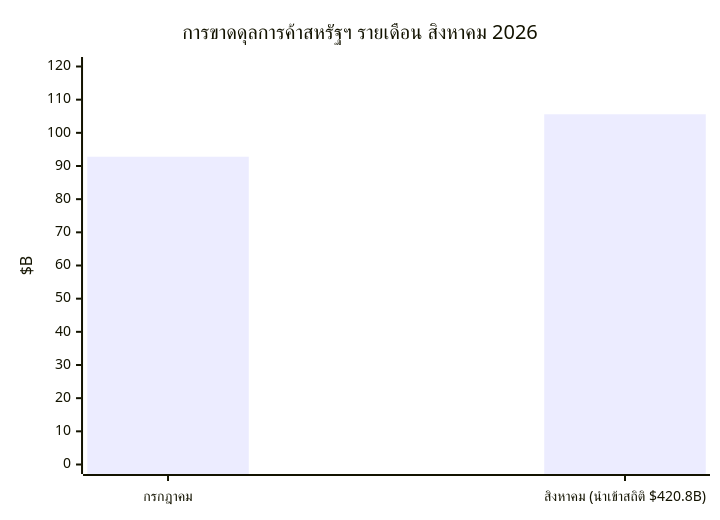
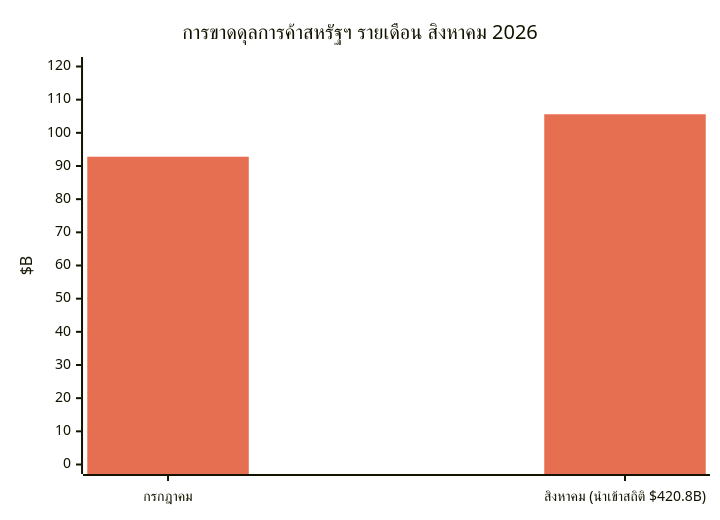
The second of 8 diagrams in Global-Trade-Intelligence-weekly-2026-10-12/index.th.md (dureach/research), drawn with Mermaid before and after one commit. The commit also changed other lines of this file and 13 other files, not shown here.

First line of the commit message:
Colorful mermaid charts: brand-color bars via init directive (all 7 langs, both editions)

````diff
--- a/Global-Trade-Intelligence-weekly-2026-10-12/index.th.md
+++ b/Global-Trade-Intelligence-weekly-2026-10-12/index.th.md
@@ -134,7 +135,8 @@
 ```mermaid
+%%{init: {'theme': 'base', 'themeVariables': {'xyChart': {'plotColorPalette': '#e76f51'}}}}%%
 xychart-beta
     title "การขาดดุลการค้าสหรัฐฯ รายเดือน สิงหาคม 2026"
     x-axis ["กรกฎาคม", "สิงหาคม (นำเข้าสถิติ $420.8B)"]
     y-axis "$B" 0 --> 120
     bar [92.8, 105.6]
 ```
````
